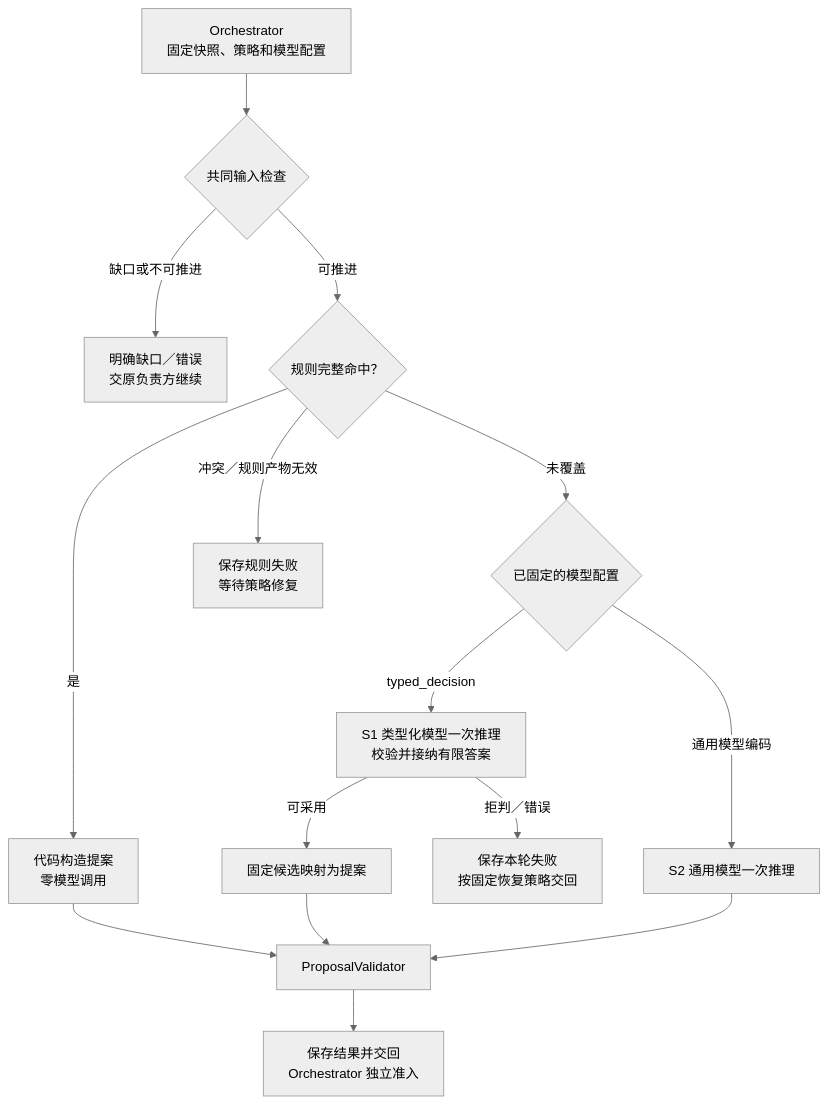
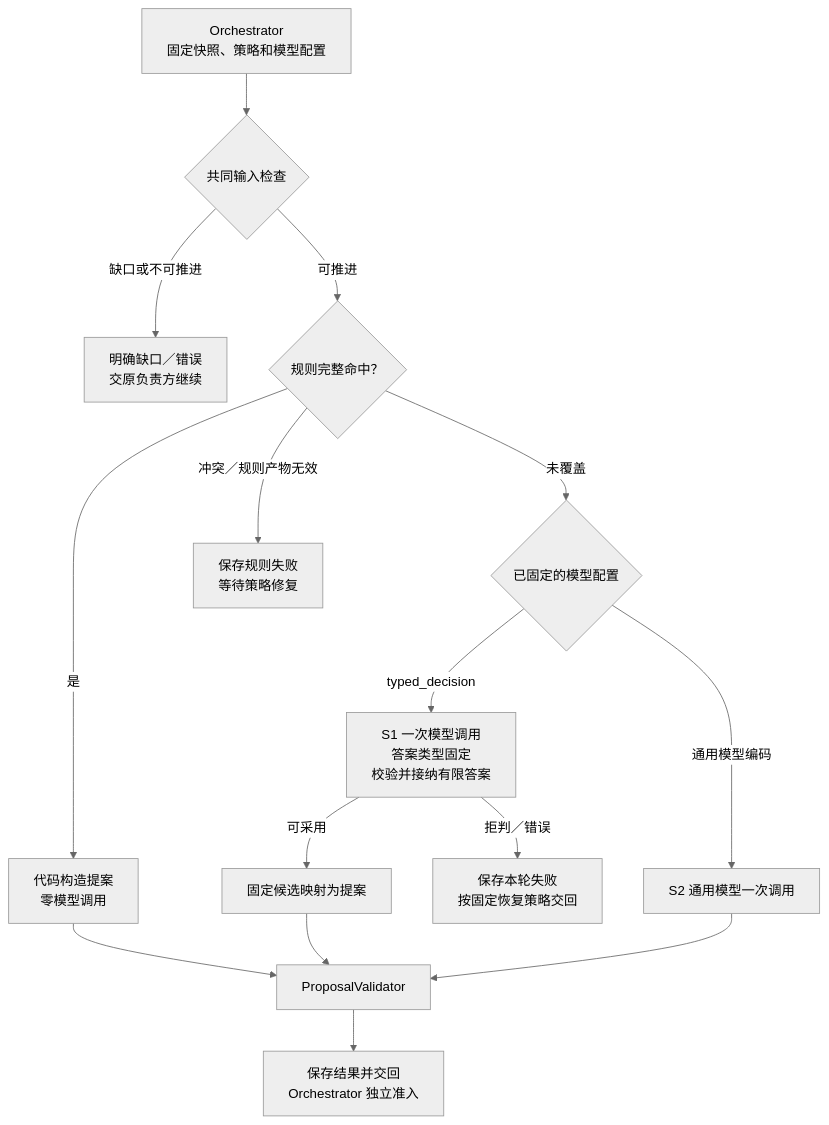
One commit to ruipengliu/lerna changed the first of 2 diagrams in docs/architecture/brain/decision-paths.md. Above: the diagram before and after it, drawn with Mermaid (neutral theme). The commit also changed other lines of this file and 205 other files, not shown here.

Commit message:
docs: unify architecture terminology

````diff
--- a/docs/architecture/brain/decision-paths.md
+++ b/docs/architecture/brain/decision-paths.md
@@ -15,17 +16,17 @@
 ```mermaid
 flowchart TB
     H[Orchestrator<br/>固定快照、策略和模型配置] --> C{共同输入检查}
     C -->|缺口或不可推进| X[明确缺口／错误<br/>交原负责方继续]
     C -->|可推进| R{规则完整命中？}
     R -->|是| T[代码构造提案<br/>零模型调用]
     R -->|冲突／规则产物无效| F[保存规则失败<br/>等待策略修复]
     R -->|未覆盖| P{已固定的模型配置}
-    P -->|typed_decision| S[S1 类型化模型一次推理<br/>校验并接纳有限答案]
-    P -->|通用模型编码| G[S2 通用模型一次推理]
+    P -->|typed_decision| S[S1 一次模型调用<br/>答案类型固定<br/>校验并接纳有限答案]
+    P -->|通用模型编码| G[S2 通用模型一次调用]
     S -->|可采用| T2[固定候选映射为提案]
     S -->|拒判／错误| Y[保存本轮失败<br/>按固定恢复策略交回]
     T --> V[ProposalValidator]
     T2 --> V
     G --> V
     V --> O[保存结果并交回<br/>Orchestrator 独立准入]
 ```
````
